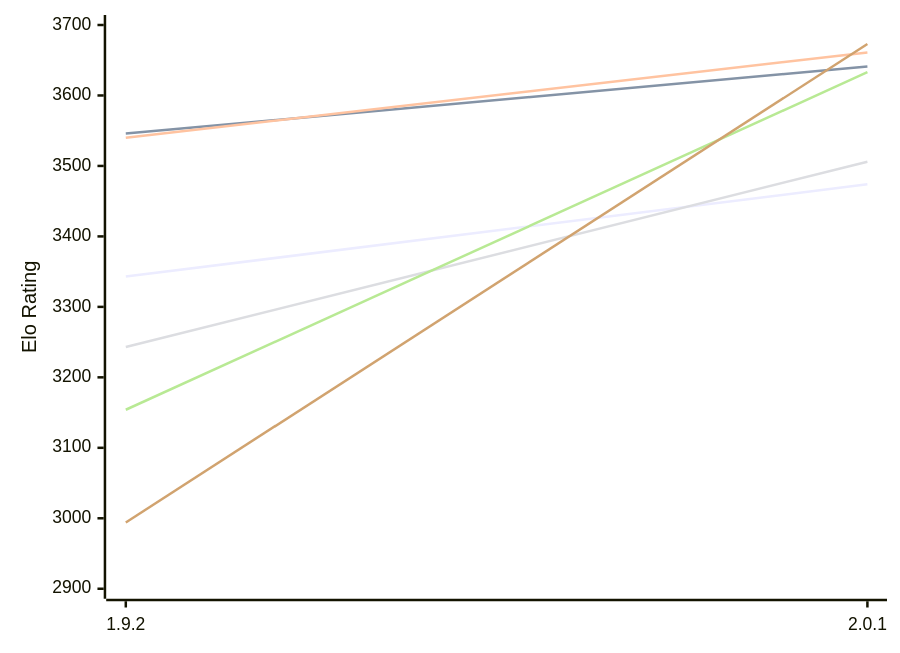
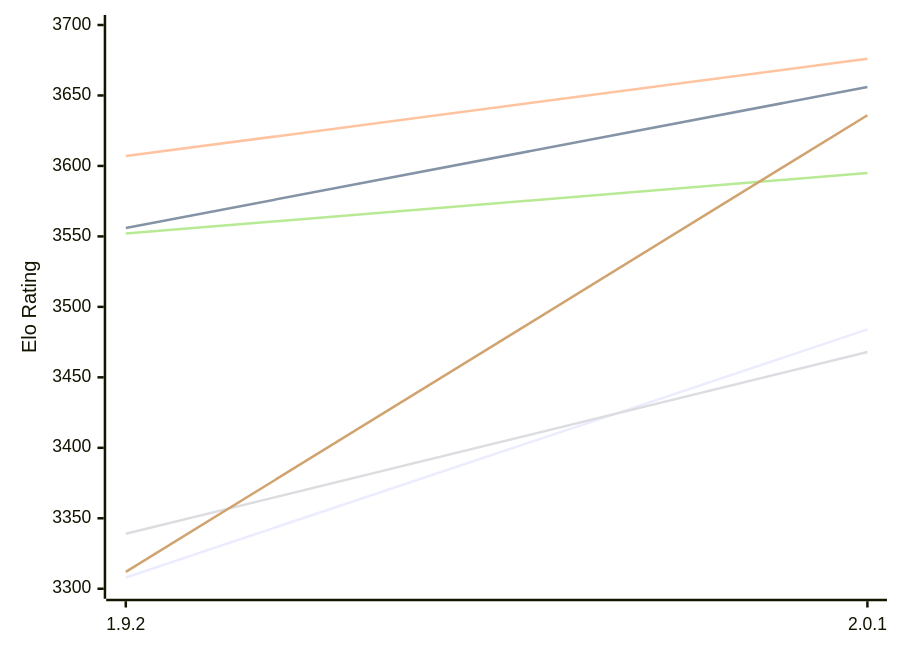
Before and after one commit to computer-chess-index/cci: the first of 2 diagrams in engines/Pawnocchio.md, drawn with Mermaid. The commit also changed other lines of this file, not shown here.

Commit message:
Update CCI Ratings (ELO VLTC) - 2026-11-14

````diff
--- a/engines/Pawnocchio.md
+++ b/engines/Pawnocchio.md
@@ -52,12 +52,12 @@
 ```mermaid
 %%{init: {"theme":"base","themeVariables":{"seriesColors:['#a3a3a3','#222221','#faa371']}}}%%
 xychart-beta
   x-axis ["1.9.2", "2.0.1"]
-  y-axis "Elo Rating" 2900 --> 3700
-  line "E1: STC (8.0+0.08s)" [3343, 3474]
-  line "E1: LTC (60.0+0.60s)" [3546, 3641]
-  line "E1: VLTC (2m24s+1.12s)" [3540, 3661]
-  line "P1: STC (8.0+0.08s)" [3243, 3506]
-  line "P1: LTC (60.0+0.60s)" [3154, 3633]
-  line "P1: VLTC (2m24s+1.12s)" [2994, 3673]
+  y-axis "Elo Rating" 3300 --> 3700
+  line "E1: STC (8.0+0.08s)" [3308, 3484]
+  line "E1: LTC (60.0+0.60s)" [3556, 3656]
+  line "E1: VLTC (2m24s+1.12s)" [3607, 3676]
+  line "P1: STC (8.0+0.08s)" [3339, 3468]
+  line "P1: LTC (60.0+0.60s)" [3552, 3595]
+  line "P1: VLTC (2m24s+1.12s)" [3312, 3636]
 ```
````
